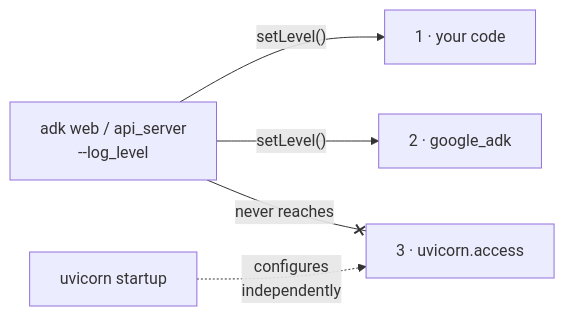
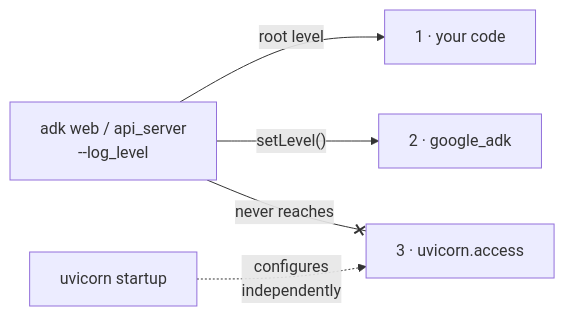
The diagram in ai/adk/logging/tutorial/part-2/index.md (roitraining/gcp-demos), drawn with Mermaid before and after one commit. The commit also changed other lines of this file, not shown here.

First line of the commit message:
Fix the Part 2 diagram and the adk api_server gap

````diff
--- a/ai/adk/logging/tutorial/part-2/index.md
+++ b/ai/adk/logging/tutorial/part-2/index.md
@@ -16,8 +16,8 @@
 ```mermaid
 flowchart LR
   CLI["adk web / api_server<br/>--log_level"]
-  CLI -->|"setLevel()"| S1["1 · your code"]
+  CLI -->|"root level"| S1["1 · your code"]
   CLI -->|"setLevel()"| S2["2 · google_adk"]
   CLI --x|"never reaches"| S3["3 · uvicorn.access"]
   UV["uvicorn startup"] -.->|"configures<br/>independently"| S3
 ```
````
